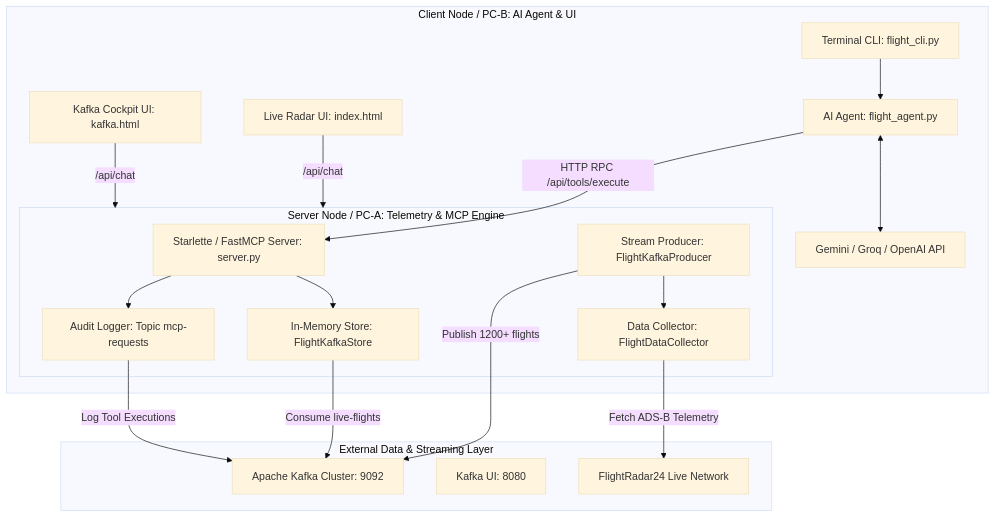
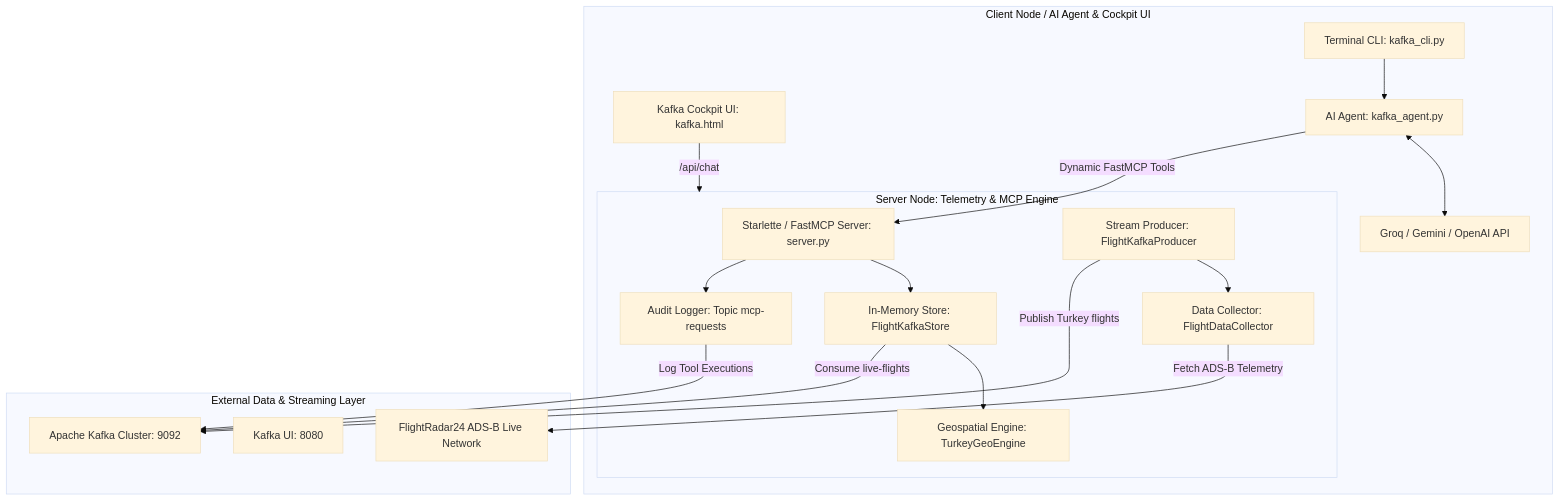
The diagram in README.md (ocandir22/Semalar), drawn with Mermaid (base theme) before and after one commit. The commit also changed other lines of this file and 8 other files, not shown here.

Commit message:
refactor: remove legacy project_live and consolidate project_kafka as standalone core

````diff
--- a/README.md
+++ b/README.md
@@ -28,39 +27,39 @@
 ```mermaid
 graph TD
-    subgraph ClientNode [Client Node / PC-B: AI Agent & UI]
-        CLI[Terminal CLI: flight_cli.py]
-        WebRadar[Live Radar UI: index.html]
+    subgraph ClientNode [Client Node / AI Agent & Cockpit UI]
+        CLI[Terminal CLI: kafka_cli.py]
         WebKafka[Kafka Cockpit UI: kafka.html]
-        Agent[AI Agent: flight_agent.py]
-        LLM[Gemini / Groq / OpenAI API]
+        Agent[AI Agent: kafka_agent.py]
+        LLM[Groq / Gemini / OpenAI API]
         
         Agent <--> LLM
         CLI --> Agent
-        WebRadar -->|/api/chat| ServerNode
         WebKafka -->|/api/chat| ServerNode
     end
 
-    subgraph ServerNode [Server Node / PC-A: Telemetry & MCP Engine]
+    subgraph ServerNode [Server Node: Telemetry & MCP Engine]
         Server[Starlette / FastMCP Server: server.py]
         KStore[In-Memory Store: FlightKafkaStore]
+        GeoEngine[Geospatial Engine: TurkeyGeoEngine]
         Producer[Stream Producer: FlightKafkaProducer]
         Collector[Data Collector: FlightDataCollector]
         Audit[Audit Logger: Topic mcp-requests]
         
         Server --> KStore
         Server --> Audit
+        KStore --> GeoEngine
         Producer --> Collector
     end
 
     subgraph ExternalServices [External Data & Streaming Layer]
         Kafka[Apache Kafka Cluster: 9092]
         KafkaUI[Kafka UI: 8080]
-        FR24[FlightRadar24 Live Network]
+        FR24[FlightRadar24 ADS-B Live Network]
     end
 
-    Agent -->|HTTP RPC /api/tools/execute| Server
-    Producer -->|Publish 1200+ flights| Kafka
+    Agent -->|Dynamic FastMCP Tools| Server
+    Producer -->|Publish Turkey flights| Kafka
     KStore -->|Consume live-flights| Kafka
     Collector -->|Fetch ADS-B Telemetry| FR24
     Audit -->|Log Tool Executions| Kafka
 ```
````
